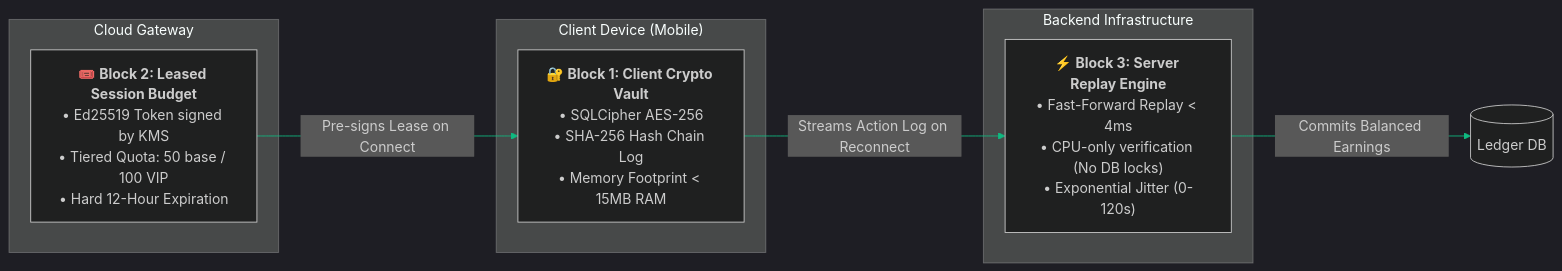
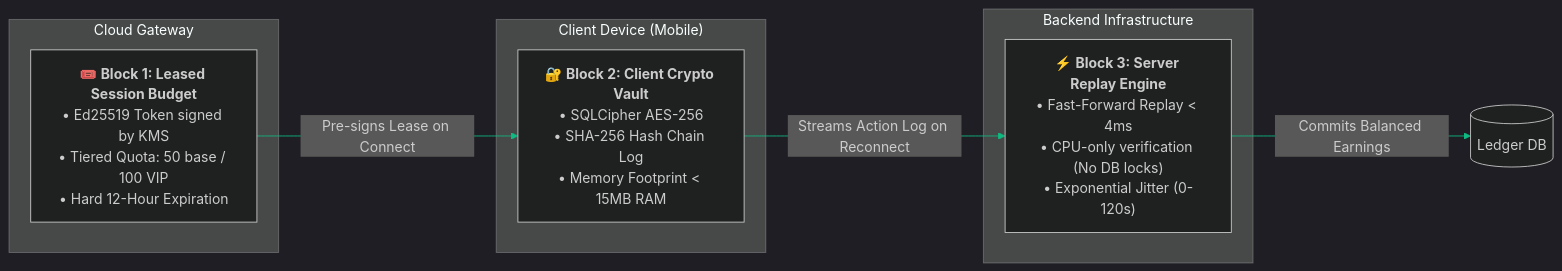
Before and after one commit to Yuvalalex/MOON-ACTIVE-MUNI-SPINE: the diagram in README.md, drawn with Mermaid. The commit also changed other lines of this file, not shown here.

````diff
--- a/README.md
+++ b/README.md
@@ -73,19 +59,19 @@
 ```mermaid
 %%{init: {'theme': 'dark', 'themeVariables': { 'primaryColor': '#1E293B', 'lineColor': '#10B981'}}}%%
 flowchart LR
     subgraph Client ["Client Device (Mobile)"]
-        B1["🔐 <b>Block 1: Client Crypto Vault</b><br/>• SQLCipher AES-256<br/>• SHA-256 Hash Chain Log<br/>• Memory Footprint < 15MB RAM"]
+        B1["🔐 <b>Block 2: Client Crypto Vault</b><br/>• SQLCipher AES-256<br/>• SHA-256 Hash Chain Log<br/>• Memory Footprint < 15MB RAM"]
     end
 
     subgraph Token ["Cloud Gateway"]
-        B2["🎟️ <b>Block 2: Leased Session Budget</b><br/>• Ed25519 Token signed by KMS<br/>• Tiered Quota: 50 base / 100 VIP<br/>• Hard 12-Hour Expiration"]
+        B2["🎟️ <b>Block 1: Leased Session Budget</b><br/>• Ed25519 Token signed by KMS<br/>• Tiered Quota: 50 base / 100 VIP<br/>• Hard 12-Hour Expiration"]
     end
 
     subgraph Server ["Backend Infrastructure"]
         B3["⚡ <b>Block 3: Server Replay Engine</b><br/>• Fast-Forward Replay < 4ms<br/>• CPU-only verification (No DB locks)<br/>• Exponential Jitter (0-120s)"]
     end
 
     B2 -->|"Pre-signs Lease on Connect"| B1
     B1 -->|"Streams Action Log on Reconnect"| B3
     B3 -->|"Commits Balanced Earnings"| Ledger[("Ledger DB")]
 ```
````
